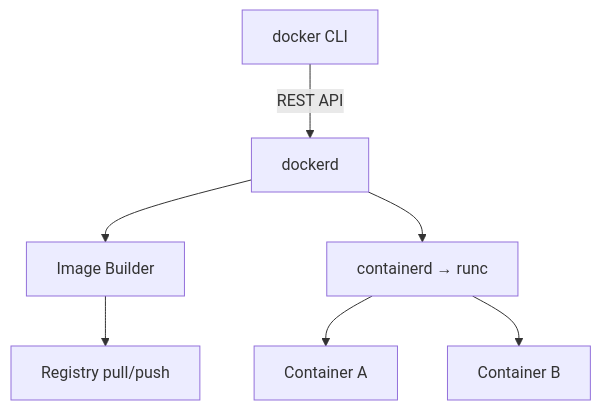
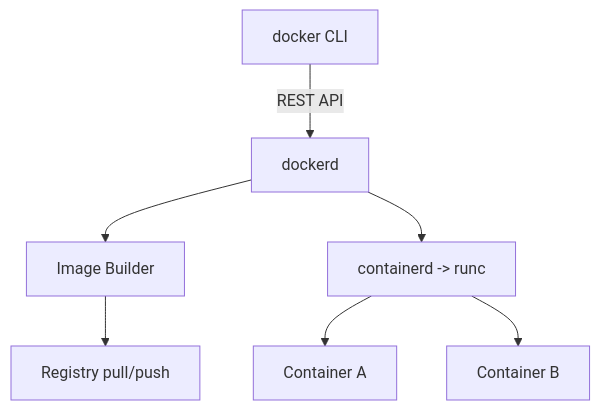
Before and after one commit to hareramcse/SystemDesign: diagram 16 of 47 in 11-cloud-and-kubernetes/README.md, drawn with Mermaid. The commit also changed other lines of this file and 14 other files, not shown here.

````diff
--- a/11-cloud-and-kubernetes/README.md
+++ b/11-cloud-and-kubernetes/README.md
@@ -812,9 +812,9 @@
 ```mermaid
 flowchart TB
     CLI[docker CLI] -->|REST API| Daemon[dockerd]
     Daemon --> Builder[Image Builder]
-    Daemon --> Runtime[containerd → runc]
+    Daemon --> Runtime[containerd -> runc]
     Runtime --> C1[Container A]
     Runtime --> C2[Container B]
     Builder --> Reg[Registry pull/push]
 ```
````
